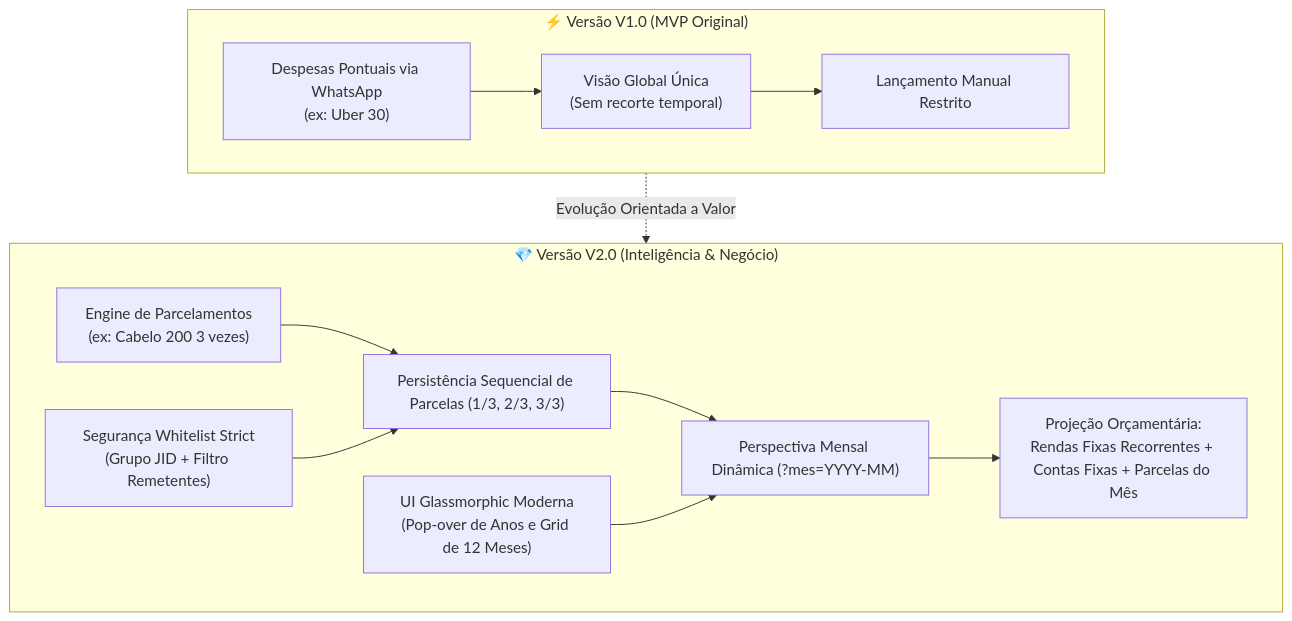
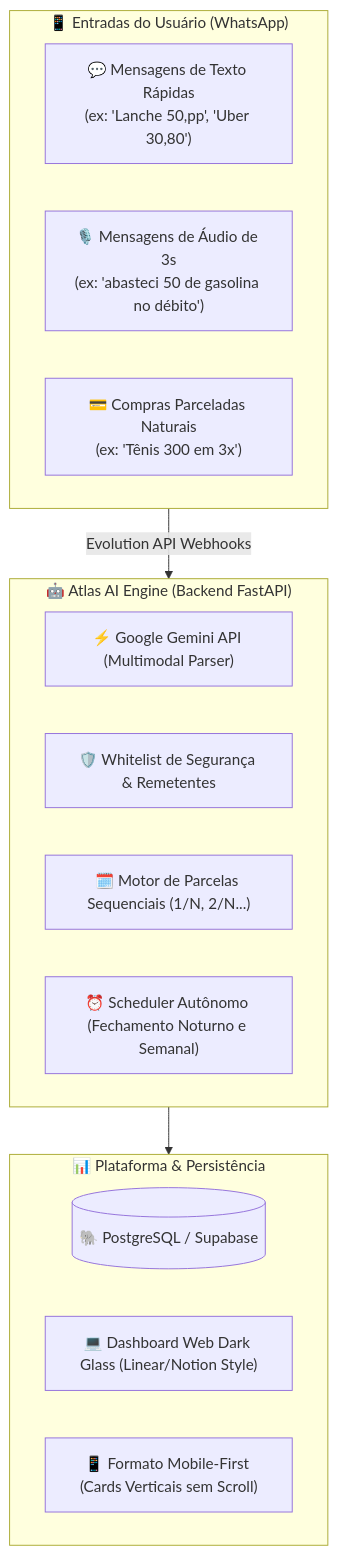
One commit to GodoyDevv/financas changed the first of 2 diagrams in README.md. Above: the diagram before and after it, drawn with Mermaid. The commit also changed other lines of this file, not shown here.

Commit message:
docs: update README with Atlas Finanças branding, Gemini multimodal architecture and project vision

````diff
--- a/README.md
+++ b/README.md
@@ -17,17 +18,24 @@
 ```mermaid
 flowchart TD
-    subgraph V1["⚡ Versão V1.0 (MVP Original)"]
-        v1_a["Despesas Pontuais via WhatsApp<br/>(ex: Uber 30)"] --> v1_b["Visão Global Única<br/>(Sem recorte temporal)"]
-        v1_b --> v1_c["Lançamento Manual Restrito"]
+    subgraph Entrada["📱 Entradas do Usuário (WhatsApp)"]
+        e1["💬 Mensagens de Texto Rápidas<br/>(ex: 'Lanche 50,pp', 'Uber 30,80')"]
+        e2["🎙️ Mensagens de Áudio de 3s<br/>(ex: 'abasteci 50 de gasolina no débito')"]
+        e3["💳 Compras Parceladas Naturais<br/>(ex: 'Tênis 300 em 3x')"]
     end
 
-    subgraph V2["💎 Versão V2.0 (Inteligência & Negócio)"]
-        v2_a["Engine de Parcelamentos<br/>(ex: Cabelo 200 3 vezes)"] --> v2_d["Persistência Sequencial de Parcelas (1/3, 2/3, 3/3)"]
-        v2_e["Segurança Whitelist Strict<br/>(Grupo JID + Filtro Remetentes)"] --> v2_d
-        v2_d --> v2_b["Perspectiva Mensal Dinâmica (?mes=YYYY-MM)"]
-        v2_b --> v2_c["Projeção Orçamentária:<br/>Rendas Fixas Recorrentes + Contas Fixas + Parcelas do Mês"]
-        v2_f["UI Glassmorphic Moderna<br/>(Pop-over de Anos e Grid de 12 Meses)"] --> v2_b
+    subgraph AtlasEngine["🤖 Atlas AI Engine (Backend FastAPI)"]
+        a1["⚡ Google Gemini API (Multimodal Parser)"]
+        a2["🛡️ Whitelist de Segurança & Remetentes"]
+        a3["🗓️ Motor de Parcelas Sequenciais (1/N, 2/N...)"]
+        a4["⏰ Scheduler Autônomo (Fechamento Noturno e Semanal)"]
     end
 
-    V1 -.->|"Evolução Orientada a Valor"| V2
+    subgraph Plataforma["📊 Plataforma & Persistência"]
+        p1[("🐘 PostgreSQL / Supabase")]
+        p2["💻 Dashboard Web Dark Glass (Linear/Notion Style)"]
+        p3["📱 Formato Mobile-First (Cards Verticais sem Scroll)"]
+    end
+
+    Entrada -->|"Evolution API Webhooks"| AtlasEngine
+    AtlasEngine --> Plataforma
 ```
````
